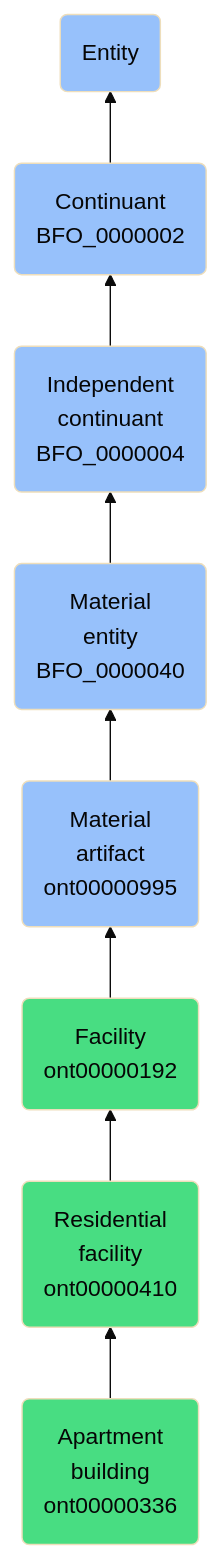
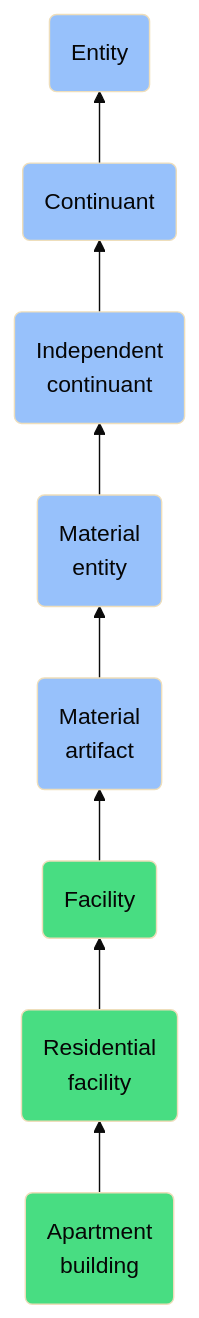
One commit to jupyter-naas/abi changed the diagram in docs/ontology/reference/model/Entity/Continuant/Independent continuant/Material entity/Material artifact/Facility/Residential facility/Apartment building/Apartment building.md. Above: the diagram before and after it, drawn with Mermaid (base theme). The commit also changed other lines of this file and 1430 other files, not shown here.

````diff
--- a/docs/ontology/reference/model/Entity/Continuant/Independent continuant/Material entity/Material artifact/Facility/Residential facility/Apartment building/Apartment building.md
+++ b/docs/ontology/reference/model/Entity/Continuant/Independent continuant/Material entity/Material artifact/Facility/Residential facility/Apartment building/Apartment building.md
@@ -24,15 +24,15 @@
 ```mermaid
 graph BT
-    ont00000336(Apartment<br>building<br>ont00000336):::ABI-->ont00000410
-    ont00000410(Residential<br>facility<br>ont00000410):::ABI-->ont00000192
-    ont00000192(Facility<br>ont00000192):::ABI-->ont00000995
-    ont00000995(Material<br>artifact<br>ont00000995):::BFO-->BFO_0000040
-    BFO_0000040(Material<br>entity<br>BFO_0000040):::BFO-->BFO_0000004
-    BFO_0000004(Independent<br>continuant<br>BFO_0000004):::BFO-->BFO_0000002
-    BFO_0000002(Continuant<br>BFO_0000002):::BFO-->BFO_0000001
+    ont00000336(Apartment<br>building):::ABI-->ont00000410
+    ont00000410(Residential<br>facility):::ABI-->ont00000192
+    ont00000192(Facility):::ABI-->ont00000995
+    ont00000995(Material<br>artifact):::BFO-->BFO_0000040
+    BFO_0000040(Material<br>entity):::BFO-->BFO_0000004
+    BFO_0000004(Independent<br>continuant):::BFO-->BFO_0000002
+    BFO_0000002(Continuant):::BFO-->BFO_0000001
     BFO_0000001(Entity):::BFO
     
     classDef BFO fill:#97c1fb,color:#060606
     classDef CCO fill:#e4c51e,color:#060606
     classDef ABI fill:#48DD82,color:#060606
 ```
````
